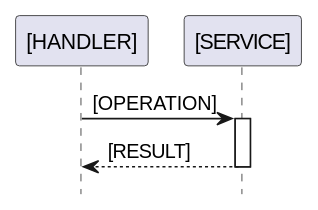
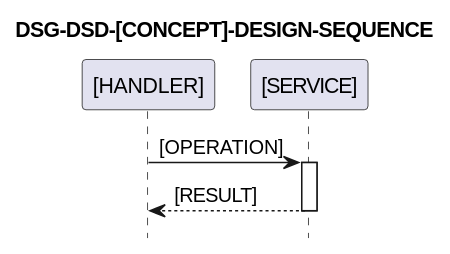
Before and after one commit to ruifrvaz/smaqit: the diagram in templates/designs/design-sequence.template.md, drawn with PlantUML. The commit also changed 9 other files, not shown here.

````diff
--- a/templates/designs/design-sequence.template.md
+++ b/templates/designs/design-sequence.template.md
@@ -22,12 +22,13 @@
 ```plantuml
 @startuml
+title DSG-DSD-[CONCEPT]-DESIGN-SEQUENCE
 participant "[HANDLER]" as Handler
 participant "[SERVICE]" as Service
 hide footbox
 Handler -> Service: [OPERATION]
 ' impl: [RELATIVE/PATH/TO/FILE.EXT]:[LINE]
 activate Service
 Service --> Handler: [RESULT]
 deactivate Service
 @enduml
 ```
````
